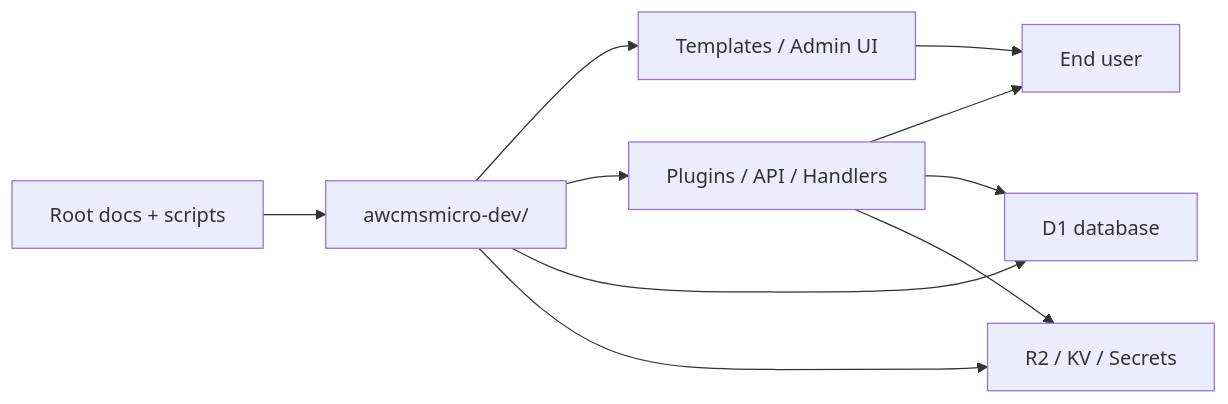
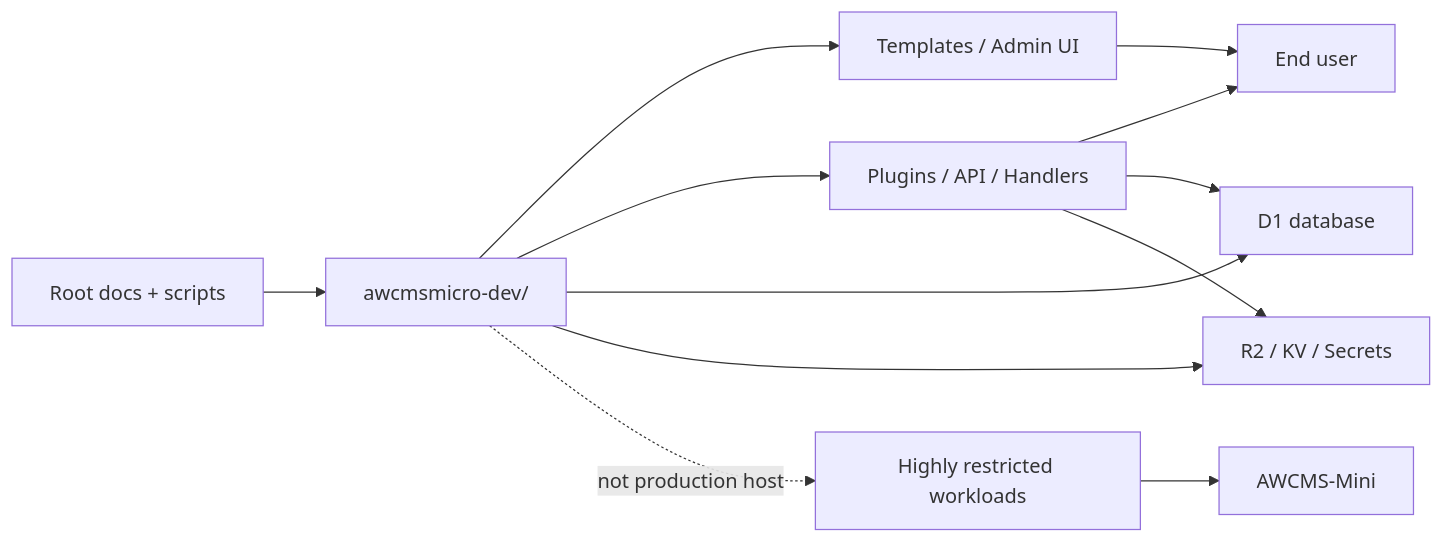
The fourth of 5 diagrams in docs/awcms-micro-prd.md (ahliweb/awcms-micro), drawn with Mermaid before and after one commit. The commit also changed other lines of this file and 8 other files, not shown here.

````diff
--- a/docs/awcms-micro-prd.md
+++ b/docs/awcms-micro-prd.md
@@ -203,12 +223,14 @@
 ```mermaid
 flowchart LR
   Root[Root docs + scripts] --> Workspace[awcmsmicro-dev/]
   Workspace --> FE[Templates / Admin UI]
   Workspace --> BE[Plugins / API / Handlers]
   Workspace --> DB[D1 database]
   Workspace --> ST[R2 / KV / Secrets]
+  Restricted[Highly restricted workloads] --> Mini[AWCMS-Mini]
   FE --> User[End user]
   BE --> User
   BE --> DB
   BE --> ST
+  Workspace -. not production host .-> Restricted
 ```
````
